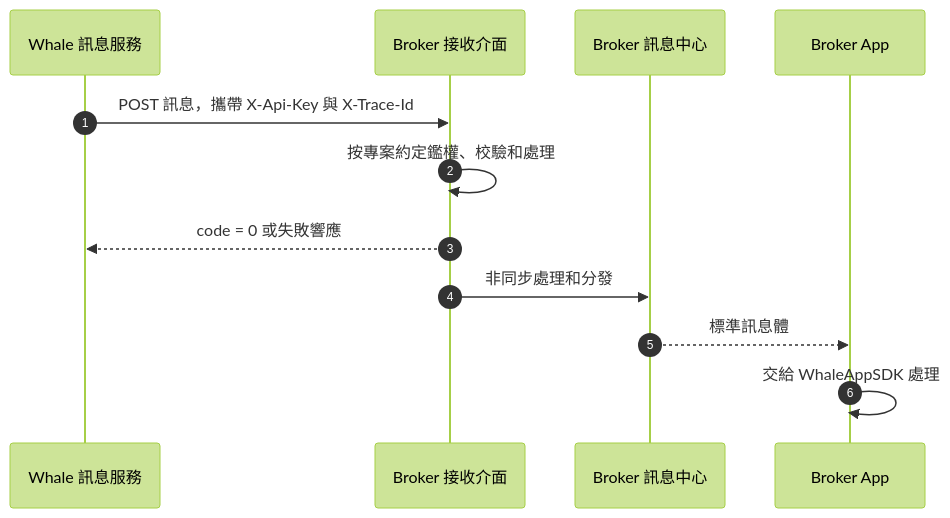
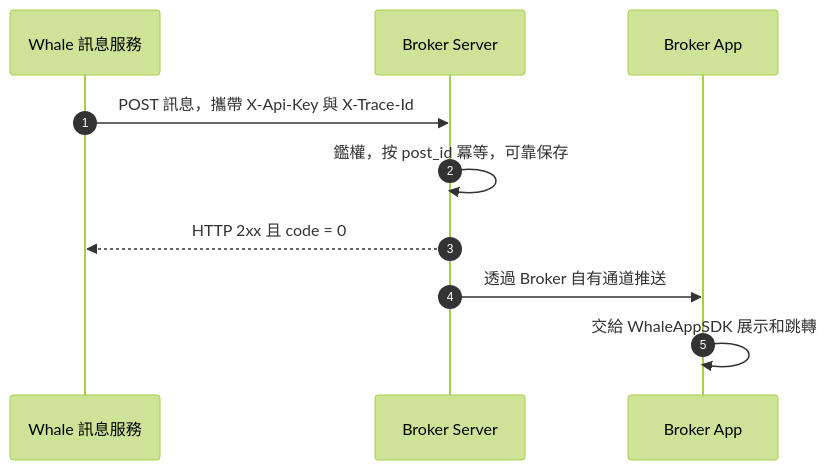
Before and after one commit to longbridge/whale-docs: the diagram in docs/zh-HK/docs/server-message-forwarding.mdx, drawn with Mermaid (forest theme). The commit also changed other lines of this file and 2 other files, not shown here.

First line of the commit message:
docs: update Broker-owned push channel contract (#92)

````diff
--- a/docs/zh-HK/docs/server-message-forwarding.mdx
+++ b/docs/zh-HK/docs/server-message-forwarding.mdx
@@ -10,14 +27,12 @@
 ```mermaid
 sequenceDiagram
     autonumber
     participant Whale as Whale 訊息服務
-    participant API as Broker 接收介面
-    participant Center as Broker 訊息中心
+    participant API as Broker Server
     participant App as Broker App
     Whale->>API: POST 訊息，攜帶 X-Api-Key 與 X-Trace-Id
-    API->>API: 按專案約定鑑權、校驗和處理
-    API-->>Whale: code = 0 或失敗響應
-    API->>Center: 非同步處理和分發
-    Center-->>App: 標準訊息體
-    App->>App: 交給 WhaleAppSDK 處理
+    API->>API: 鑑權，按 post_id 冪等，可靠保存
+    API-->>Whale: HTTP 2xx 且 code = 0
+    API->>App: 透過 Broker 自有通道推送
+    App->>App: 交給 WhaleAppSDK 展示和跳轉
 ```
````
